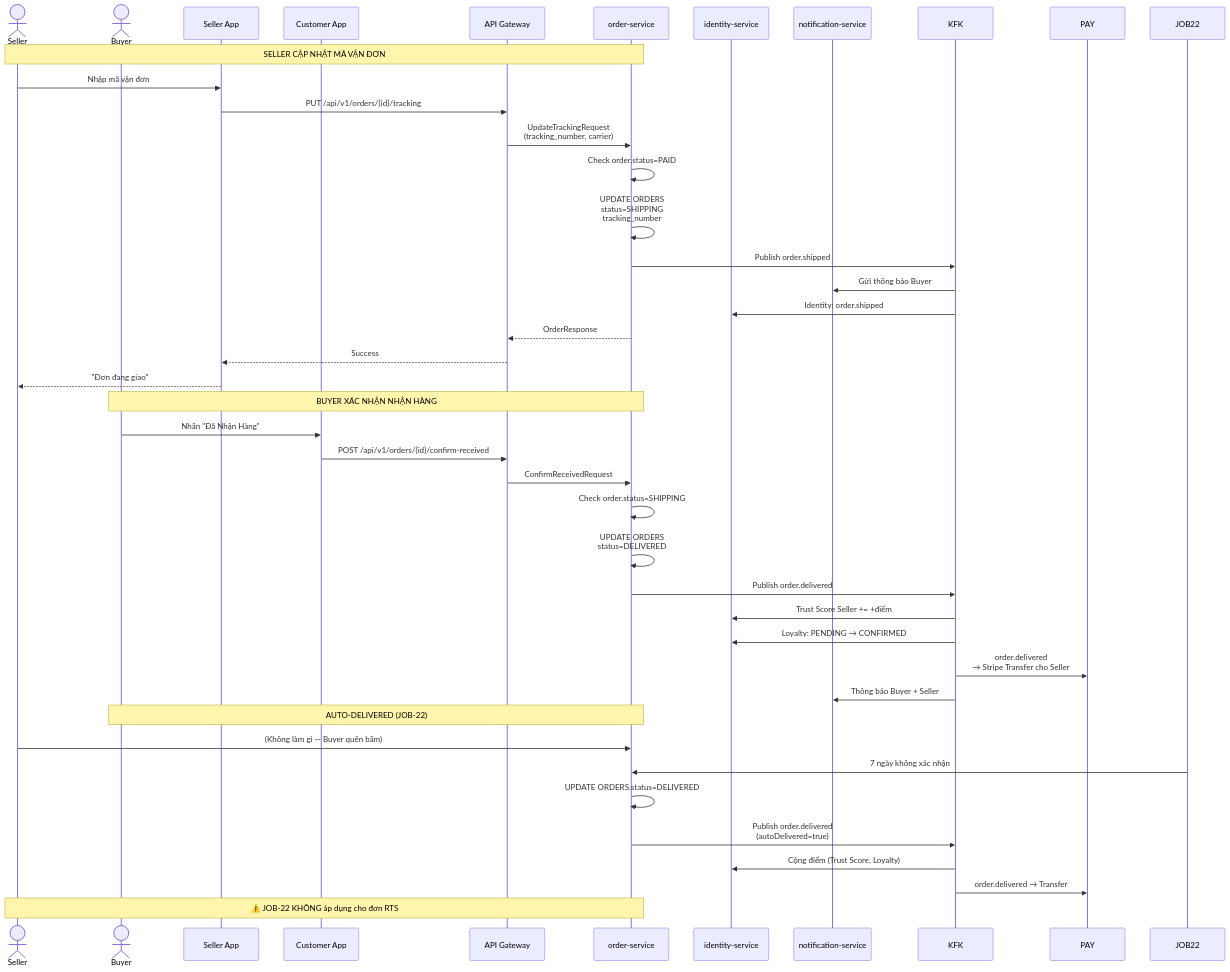
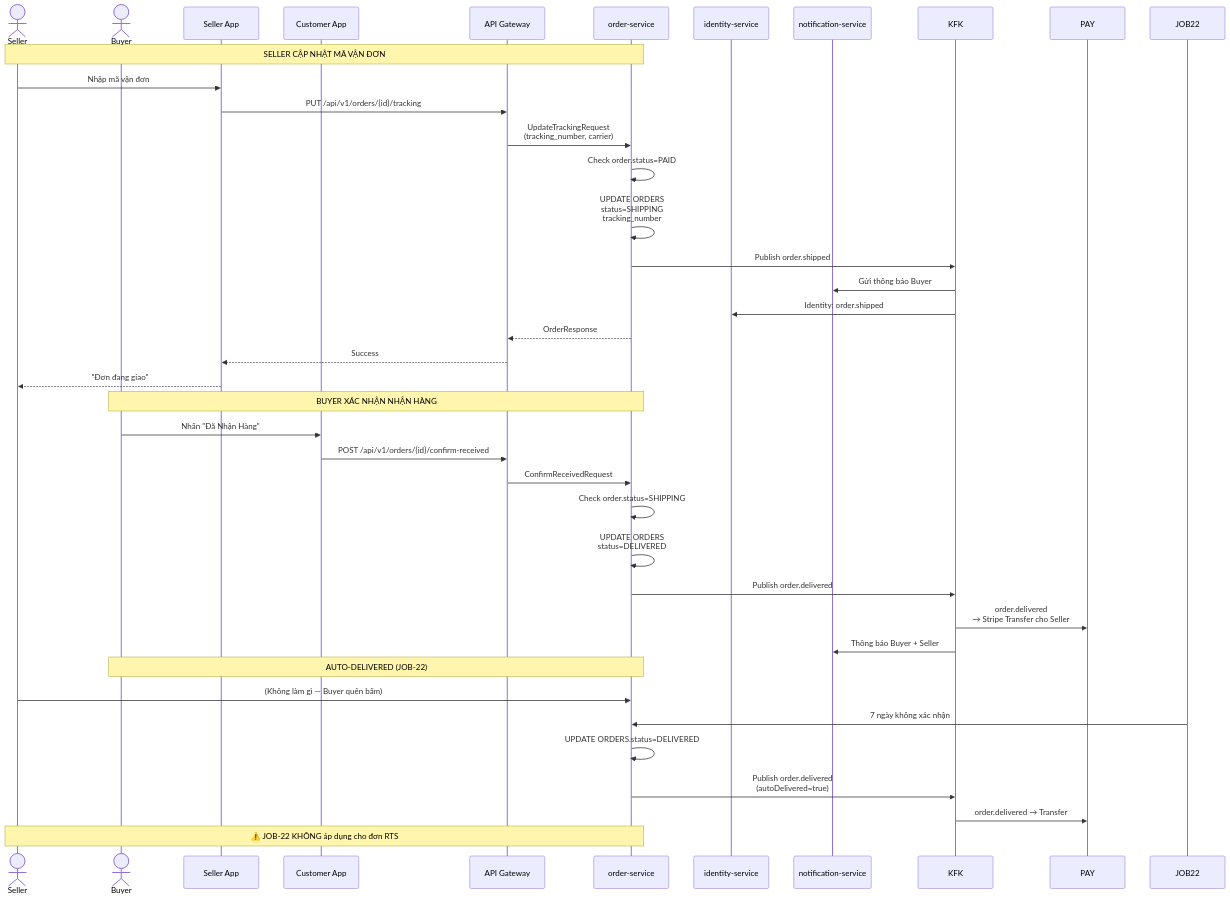
Before and after one commit to ldqanh1408/stealing-from-paradise: diagram 12 of 18 in docs/07_BUSINESS_FLOWS.md, drawn with Mermaid. The commit also changed other lines of this file and 52 other files, not shown here.

Commit message:
refactor: remove Trust Score related entities and references from codebase

````diff
--- a/docs/07_BUSINESS_FLOWS.md
+++ b/docs/07_BUSINESS_FLOWS.md
@@ -426,46 +418,43 @@
 ```mermaid
 sequenceDiagram
     actor Seller
     actor Buyer
     participant FE_S as Seller App
     participant FE_C as Customer App
     participant GW as API Gateway
     participant ORD as order-service
     participant IDT as identity-service
     participant NTF as notification-service
 
     Note over Seller,ORD: SELLER CẬP NHẬT MÃ VẬN ĐƠN
     Seller->>FE_S: Nhập mã vận đơn
     FE_S->>GW: PUT /api/v1/orders/{id}/tracking
     GW->>ORD: UpdateTrackingRequest<br>(tracking_number, carrier)
     ORD->>ORD: Check order.status=PAID
     ORD->>ORD: UPDATE ORDERS<br>status=SHIPPING<br>tracking_number
     ORD->>KFK: Publish order.shipped
     KFK->>NTF: Gửi thông báo Buyer
     KFK->>IDT: Identity: order.shipped
     ORD-->>GW: OrderResponse
     GW-->>FE_S: Success
     FE_S-->>Seller: "Đơn đang giao"
 
     Note over Buyer,ORD: BUYER XÁC NHẬN NHẬN HÀNG
     Buyer->>FE_C: Nhấn "Đã Nhận Hàng"
     FE_C->>GW: POST /api/v1/orders/{id}/confirm-received
     GW->>ORD: ConfirmReceivedRequest
     ORD->>ORD: Check order.status=SHIPPING
     ORD->>ORD: UPDATE ORDERS<br>status=DELIVERED
     ORD->>KFK: Publish order.delivered
-    KFK->>IDT: Trust Score Seller += +điểm
-    KFK->>IDT: Loyalty: PENDING → CONFIRMED
     KFK->>PAY: order.delivered<br>→ Stripe Transfer cho Seller
     KFK->>NTF: Thông báo Buyer + Seller
 
     Note over Buyer,ORD: AUTO-DELIVERED (JOB-22)
     Seller->>ORD: (Không làm gì — Buyer quên bấm)
     JOB22->>ORD: 7 ngày không xác nhận
     ORD->>ORD: UPDATE ORDERS.status=DELIVERED
     ORD->>KFK: Publish order.delivered<br>(autoDelivered=true)
-    KFK->>IDT: Cộng điểm (Trust Score, Loyalty)
     KFK->>PAY: order.delivered → Transfer
 
     Note over Seller,ORD: ⚠️ JOB-22 KHÔNG áp dụng cho đơn RTS
 ```
````
